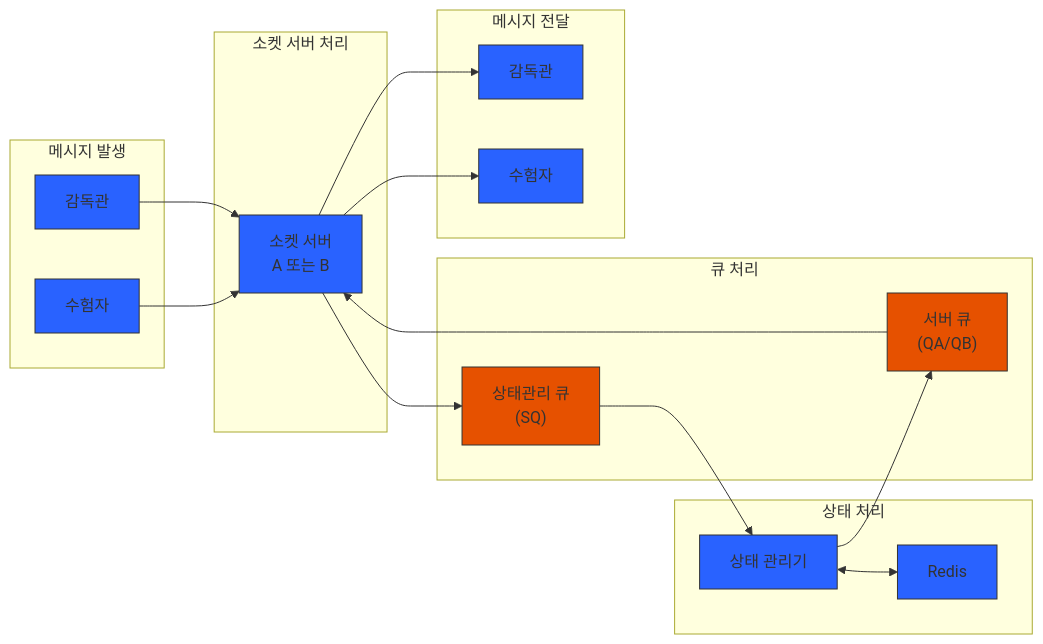
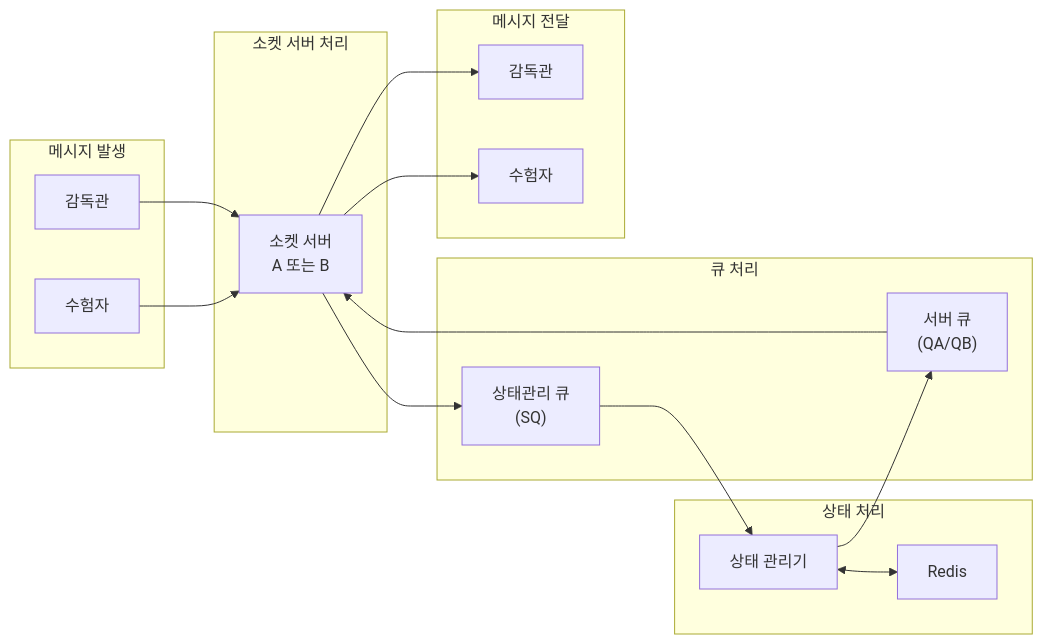
Before and after one commit to ldmrepo/exam-arch: the second of 3 diagrams in 시나리오/07 분산 소켓 서버 환경 시나리오.md, drawn with Mermaid. The commit also changed other lines of this file, not shown here.

Commit message:
상태 처리 다이어그램의 스타일 및 텍스트 수정

````diff
--- a/시나리오/07 분산 소켓 서버 환경 시나리오.md
+++ b/시나리오/07 분산 소켓 서버 환경 시나리오.md
@@ -96,47 +85,36 @@
 ```mermaid
 flowchart LR
     subgraph Source["메시지 발생"]
         S1["감독관"]
         S2["수험자"]
     end
 
     subgraph SocketServer["소켓 서버 처리"]
-        SS["소켓 서버\nA 또는 B"]
+        SS["소켓 서버<br>A 또는 B"]
     end
 
     subgraph QueueProcessing["큐 처리"]
-        Q1["상태관리 큐\n(SQ)"]
-        Q2["서버 큐\n(QA/QB)"]
+        Q1["상태관리 큐<br>(SQ)"]
+        Q2["서버 큐<br>(QA/QB)"]
     end
 
     subgraph StateProcess["상태 처리"]
         SM["상태 관리기"]
         RD["Redis"]
     end
 
     subgraph Target["메시지 전달"]
         T1["감독관"]
         T2["수험자"]
     end
 
     %% 메시지 흐름
     S1 & S2 --> SS
     SS --> Q1
     Q1 --> SM
     SM <--> RD
     SM --> Q2
     Q2 --> SS
     SS --> T1 & T2
 
-    %% 스타일
-    classDef source fill:#2962ff,stroke:#333
-    classDef process fill:#2962ff,stroke:#333
-    classDef queue fill:#e65100,stroke:#333
-    classDef target fill:#2962ff,stroke:#333
-
-    class S1,S2 source
-    class SS process
-    class Q1,Q2 queue
-    class SM,RD process
-    class T1,T2 target
 ```
````
